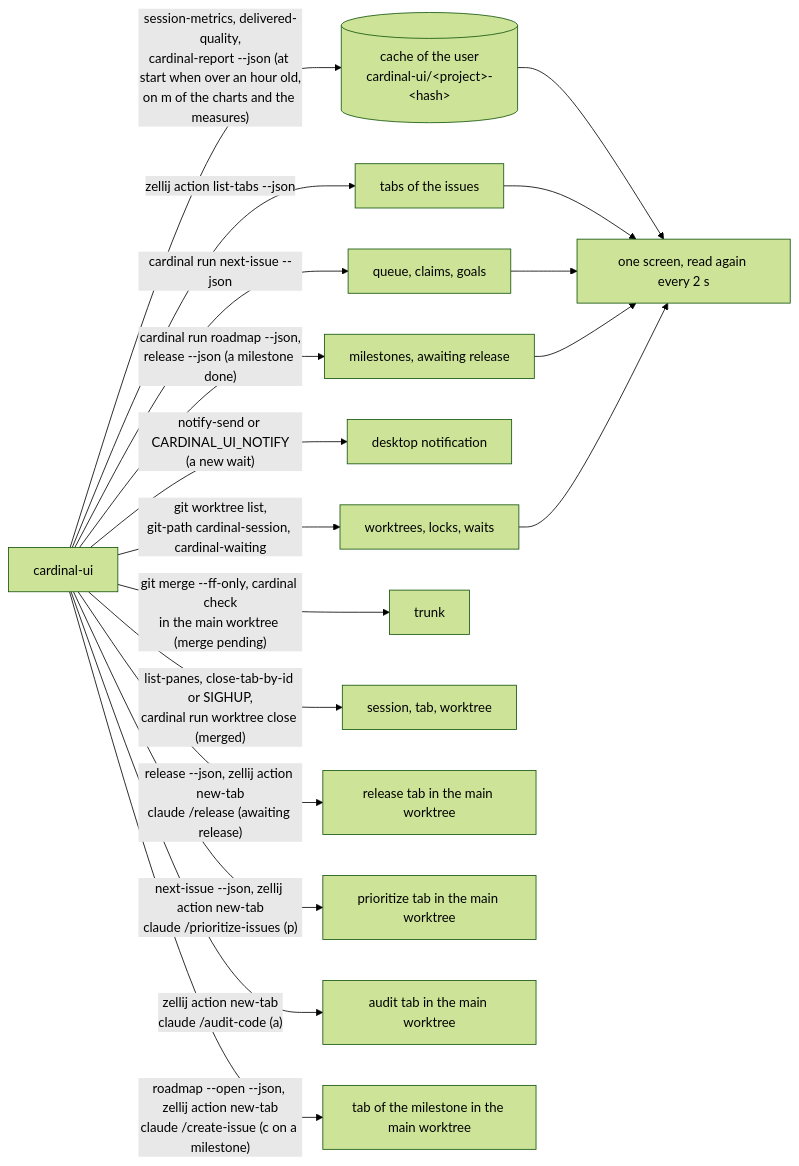
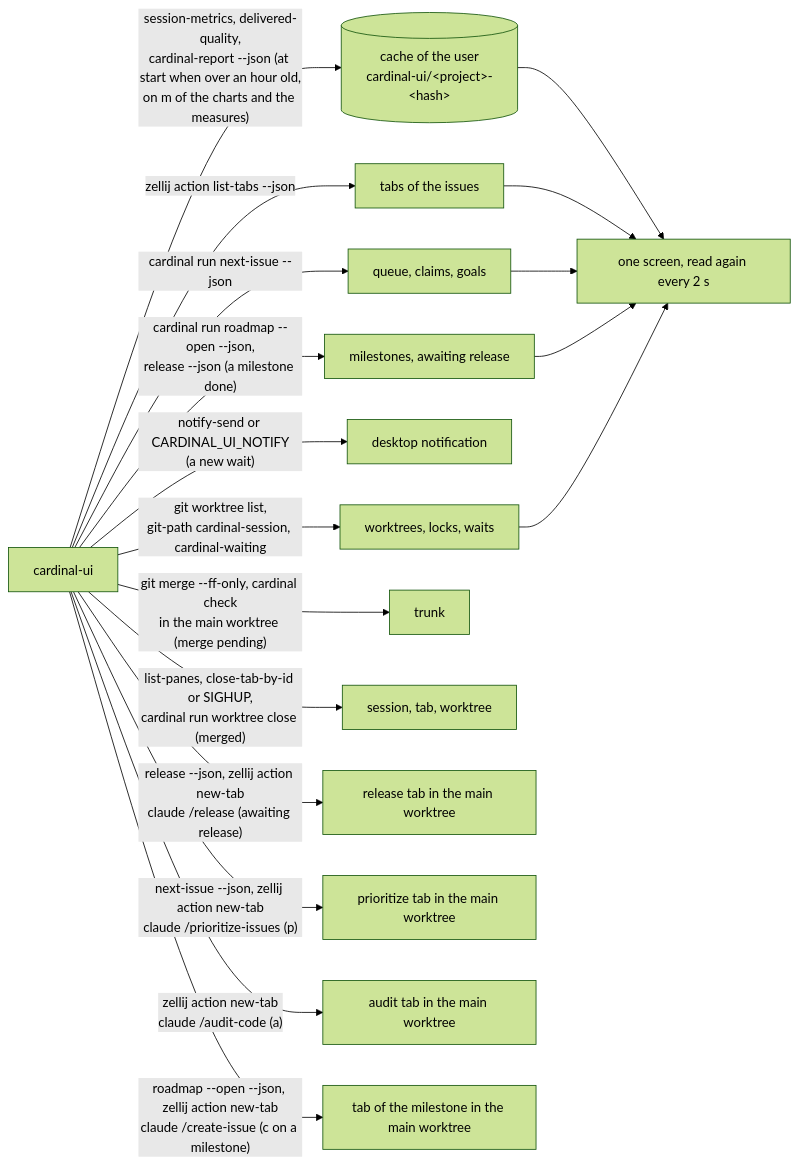
One commit to Electron-libre/cardinal changed the third of 3 diagrams in docs/architecture.md. Above: the diagram before and after it, drawn with Mermaid (forest theme). The commit also changed other lines of this file and 3 other files, not shown here.

````diff
--- a/docs/architecture.md
+++ b/docs/architecture.md
@@ -259,20 +259,20 @@
 ```mermaid
 flowchart LR
   ui["cardinal-ui"] -->|"cardinal run next-issue --json"| queue["queue, claims, goals"]
-  ui -->|"cardinal run roadmap --json,<br/>release --json (a milestone done)"| milestones["milestones, awaiting release"]
+  ui -->|"cardinal run roadmap --open --json,<br/>release --json (a milestone done)"| milestones["milestones, awaiting release"]
   ui -->|"git worktree list,<br/>git-path cardinal-session, cardinal-waiting"| worktrees["worktrees, locks, waits"]
   ui -->|"zellij action list-tabs --json"| tabs["tabs of the issues"]
   ui -->|"notify-send or CARDINAL_UI_NOTIFY<br/>(a new wait)"| desktop["desktop notification"]
   ui -->|"session-metrics, delivered-quality,<br/>cardinal-report --json (at start when over an hour old,<br/>on m of the charts and the measures)"| cache[("cache of the user<br/>cardinal-ui/&lt;project&gt;-&lt;hash&gt;")]
   ui -->|"git merge --ff-only, cardinal check<br/>in the main worktree (merge pending)"| trunk["trunk"]
   ui -->|"list-panes, close-tab-by-id or SIGHUP,<br/>cardinal run worktree close (merged)"| ended["session, tab, worktree"]
   ui -->|"release --json, zellij action new-tab<br/>claude /release (awaiting release)"| release["release tab in the main worktree"]
   ui -->|"next-issue --json, zellij action new-tab<br/>claude /prioritize-issues (p)"| prioritize["prioritize tab in the main worktree"]
   ui -->|"zellij action new-tab<br/>claude /audit-code (a)"| audit["audit tab in the main worktree"]
   ui -->|"roadmap --open --json, zellij action new-tab<br/>claude /create-issue (c on a milestone)"| cut["tab of the milestone in the main worktree"]
   cache --> screen
   tabs --> screen
   queue --> screen["one screen, read again every 2 s"]
   milestones --> screen
   worktrees --> screen
 ```
````
